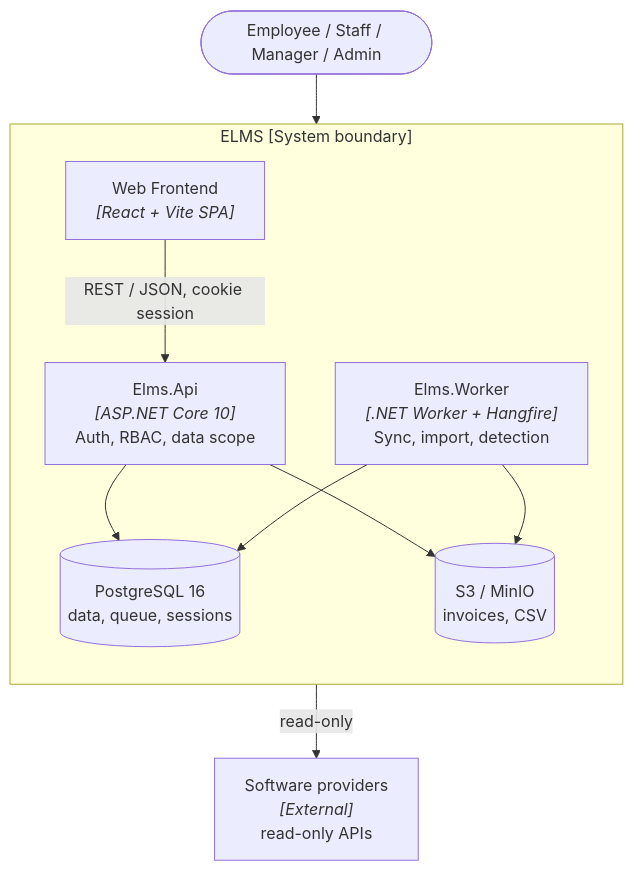
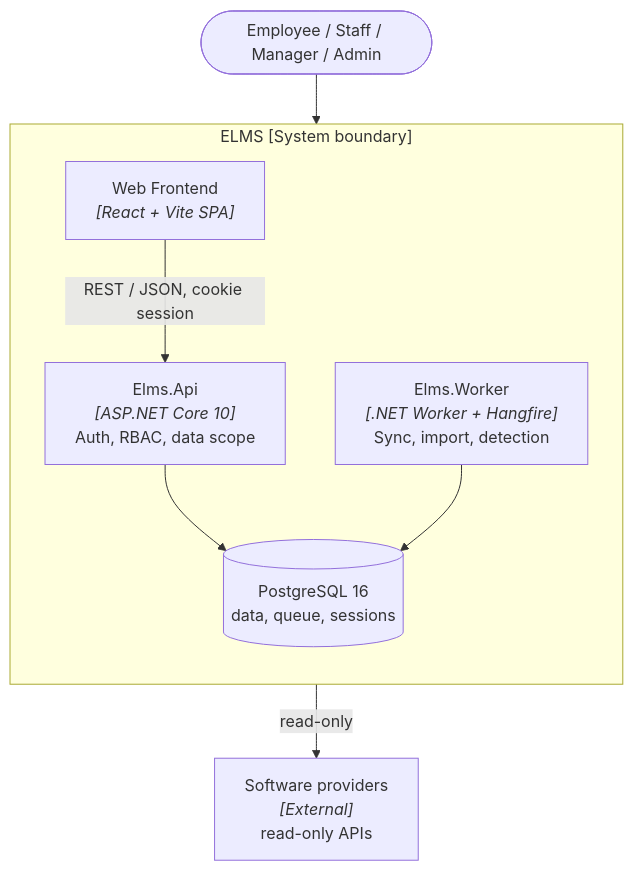
One commit to cuonglpv/VFast changed the diagram in README.md. Above: the diagram before and after it, drawn with Mermaid. The commit also changed other lines of this file and 1 other file, not shown here.

Commit message:
docs: remove file storage references from architecture documentation

````diff
--- a/README.md
+++ b/README.md
@@ -128,20 +128,17 @@
 ```mermaid
 flowchart TB
     people(["Employee / Staff / Manager / Admin"])
     providers["Software providers<br/><i>[External]</i><br/>read-only APIs"]
     subgraph platform["ELMS [System boundary]"]
         direction TB
         web["Web Frontend<br/><i>[React + Vite SPA]</i>"]
         api["Elms.Api<br/><i>[ASP.NET Core 10]</i><br/>Auth, RBAC, data scope"]
         worker["Elms.Worker<br/><i>[.NET Worker + Hangfire]</i><br/>Sync, import, detection"]
         db[("PostgreSQL 16<br/>data, queue, sessions")]
-        files[("S3 / MinIO<br/>invoices, CSV")]
     end
     people --> web
     web -- "REST / JSON, cookie session" --> api
     api --> db
-    api --> files
     worker --> db
-    worker --> files
     worker -- "read-only" --> providers
 ```
````
